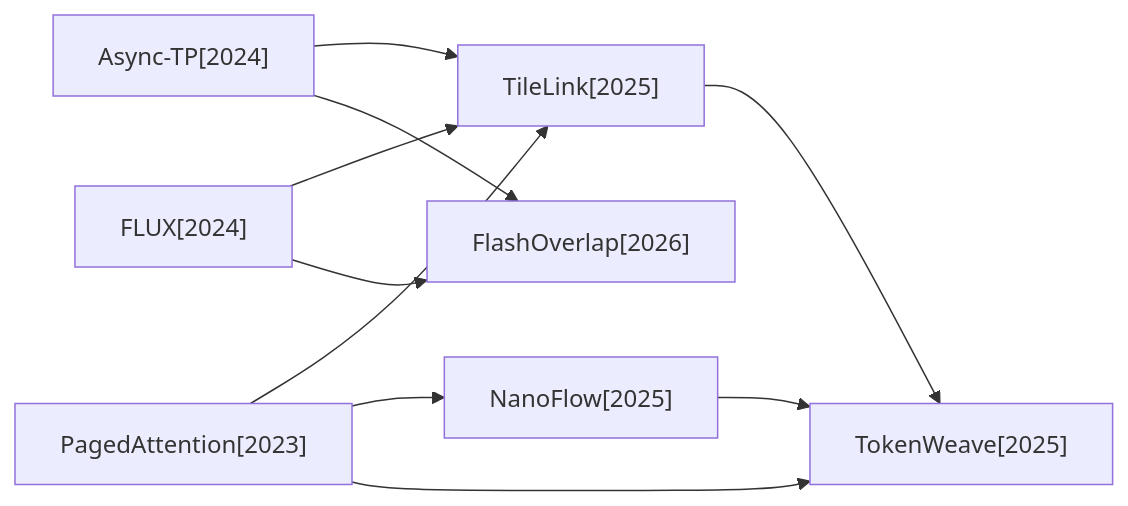
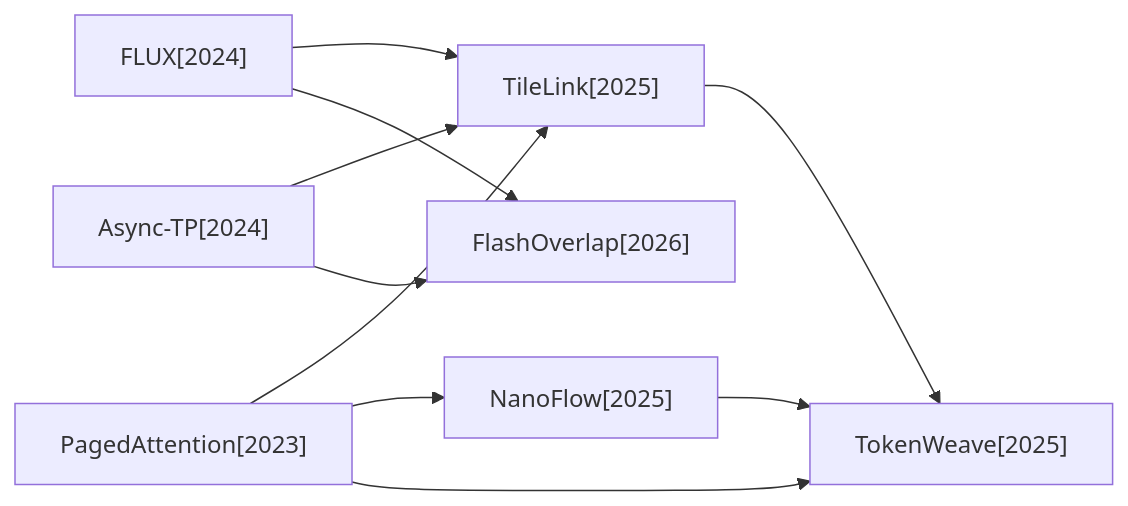
Before and after one commit to hustzxd/EfficientPaper: the first of 4 diagrams in docs/baseline_methods_graph.md, drawn with Mermaid. The commit also changed other lines of this file, not shown here.

````diff
--- a/docs/baseline_methods_graph.md
+++ b/docs/baseline_methods_graph.md
@@ -7,19 +7,19 @@
 ```mermaid
 flowchart LR
-    2024_Async_TP["Async-TP[2024]"]
     2024_FLUX["FLUX[2024]"]
     2025_TokenWeave["TokenWeave[2025]"]
     2025_TileLink["TileLink[2025]"]
     2023_PagedAttention["PagedAttention[2023]"]
+    2026_FlashOverlap["FlashOverlap[2026]"]
     2025_NanoFlow["NanoFlow[2025]"]
-    2026_FlashOverlap["FlashOverlap[2026]"]
-    2024_Async_TP --> 2025_TileLink
-    2024_Async_TP --> 2026_FlashOverlap
+    2024_Async_TP["Async-TP[2024]"]
     2024_FLUX --> 2025_TileLink
     2024_FLUX --> 2026_FlashOverlap
     2025_TileLink --> 2025_TokenWeave
     2023_PagedAttention --> 2025_TileLink
     2023_PagedAttention --> 2025_NanoFlow
     2023_PagedAttention --> 2025_TokenWeave
     2025_NanoFlow --> 2025_TokenWeave
+    2024_Async_TP --> 2025_TileLink
+    2024_Async_TP --> 2026_FlashOverlap
 ```
````
